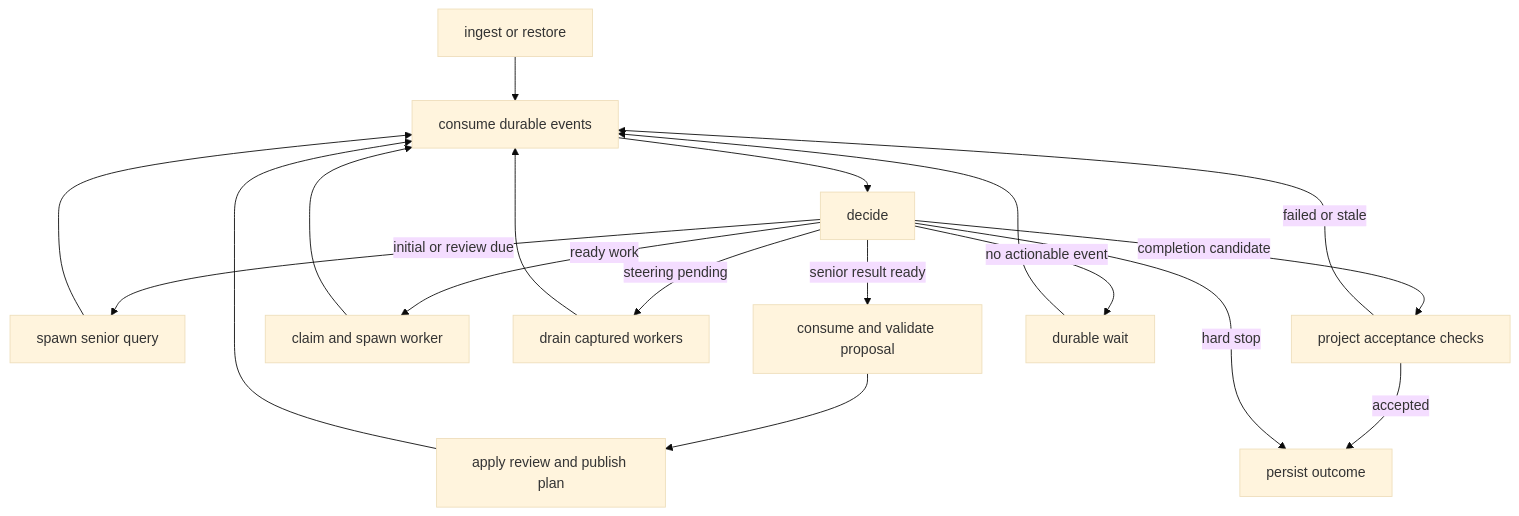
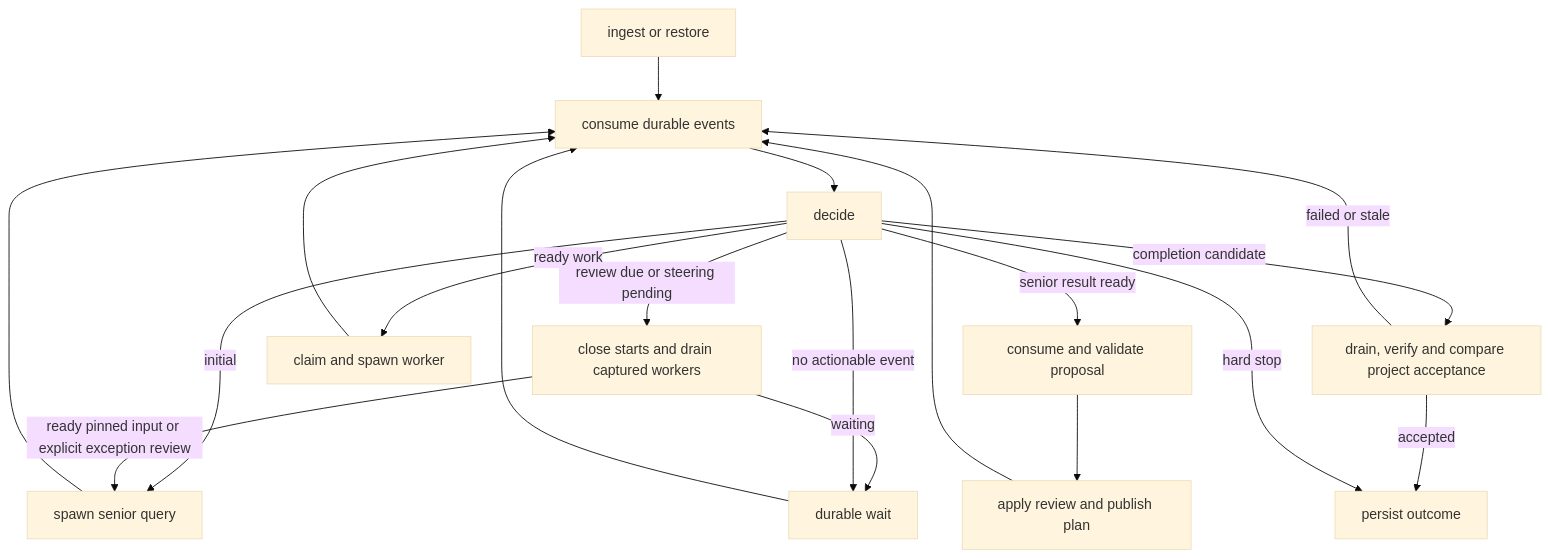
The second of 3 diagrams in design-docs/langgraph-agent/README.md (demonking-mw/polyinference), drawn with Mermaid (base theme) before and after one commit. The commit also changed other lines of this file and 22 other files, not shown here.

````diff
--- a/design-docs/langgraph-agent/README.md
+++ b/design-docs/langgraph-agent/README.md
@@ -85,20 +94,21 @@
 ```mermaid
 flowchart TD
     I[ingest or restore] --> E[consume durable events]
     E --> D[decide]
-    D -->|initial or review due| Q[spawn senior query]
+    D -->|initial| Q[spawn senior query]
+    D -->|review due or steering pending| B[close starts and drain captured workers]
+    B -->|ready pinned input or explicit exception review| Q
+    B -->|waiting| H[durable wait]
     Q --> E
     D -->|senior result ready| R[consume and validate proposal]
     R --> V[apply review and publish plan]
     V --> E
     D -->|ready work| W[claim and spawn worker]
     W --> E
-    D -->|steering pending| B[drain captured workers]
-    B --> E
-    D -->|completion candidate| A[project acceptance checks]
+    D -->|completion candidate| A[drain, verify and compare project acceptance]
     A -->|failed or stale| E
     A -->|accepted| F[persist outcome]
-    D -->|no actionable event| H[durable wait]
+    D -->|no actionable event| H
     H --> E
     D -->|hard stop| F
 ```
````
